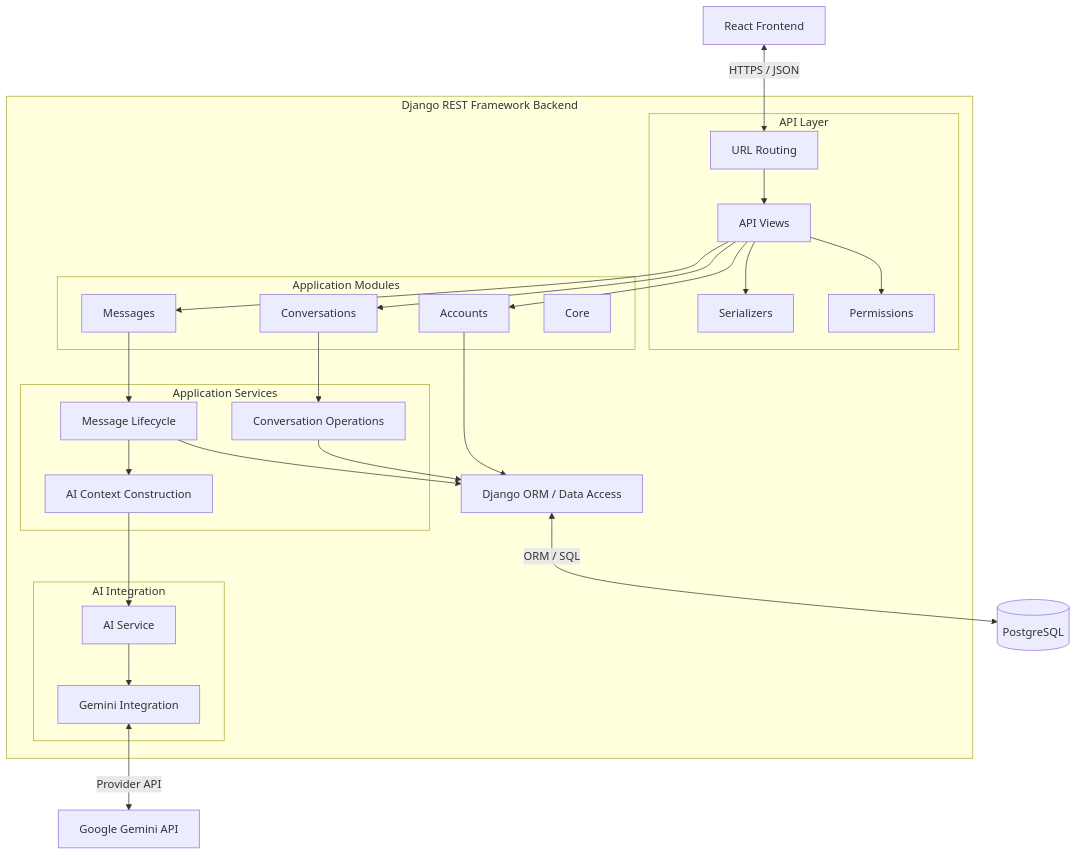
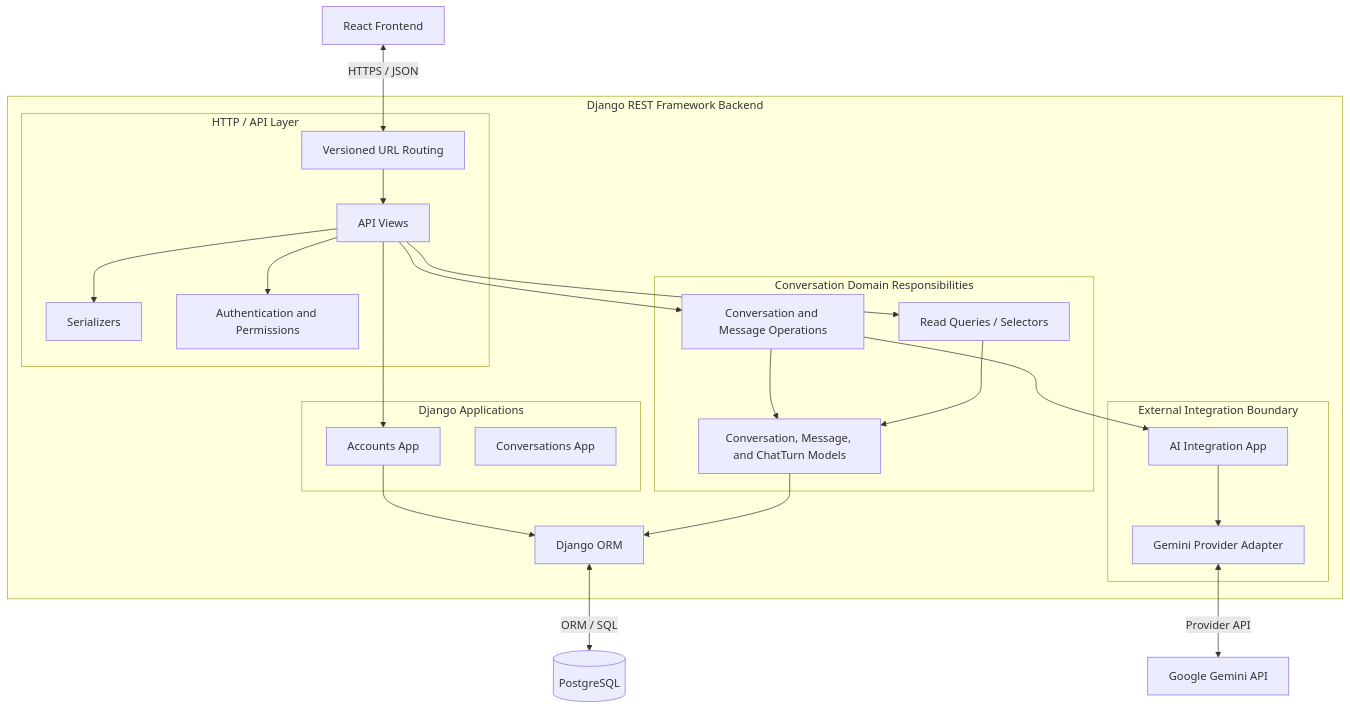
The first of 2 diagrams in docs/02-system-design/backend-architecture.md (tamirattezera/nexamind), drawn with Mermaid before and after one commit. The commit also changed other lines of this file and 1 other file, not shown here.

Commit message:
docs(architecture): update backend and database design

````diff
--- a/docs/02-system-design/backend-architecture.md
+++ b/docs/02-system-design/backend-architecture.md
@@ -84,58 +87,52 @@
 ```mermaid
 flowchart TB
     Frontend["React Frontend"]
 
     subgraph Backend["Django REST Framework Backend"]
-        subgraph API["API Layer"]
-            URLs["URL Routing"]
+        subgraph API["HTTP / API Layer"]
+            URLs["Versioned URL Routing"]
             Views["API Views"]
             Serializers["Serializers"]
-            Permissions["Permissions"]
+            Permissions["Authentication and Permissions"]
         end
 
-        subgraph Apps["Application Modules"]
-            Accounts["Accounts"]
-            Conversations["Conversations"]
-            Messages["Messages"]
-            Core["Core"]
+        subgraph Apps["Django Applications"]
+            Accounts["Accounts App"]
+            Conversations["Conversations App"]
         end
 
-        subgraph Logic["Application Services"]
-            ConversationService["Conversation Operations"]
-            MessageService["Message Lifecycle"]
-            ContextService["AI Context Construction"]
+        subgraph Domain["Conversation Domain Responsibilities"]
+            ConversationService["Conversation and Message Operations"]
+            Selectors["Read Queries / Selectors"]
+            Models["Conversation, Message, and ChatTurn Models"]
         end
 
-        subgraph AI["AI Integration"]
-            AIService["AI Service"]
-            GeminiAdapter["Gemini Integration"]
+        subgraph Integration["External Integration Boundary"]
+            AI["AI Integration App"]
+            GeminiAdapter["Gemini Provider Adapter"]
         end
 
-        ORM["Django ORM / Data Access"]
+        ORM["Django ORM"]
     end
 
     DB[("PostgreSQL")]
     Gemini["Google Gemini API"]
 
     Frontend <-->|"HTTPS / JSON"| URLs
     URLs --> Views
     Views --> Serializers
     Views --> Permissions
+    Views --> Accounts
+    Views --> ConversationService
+    Views --> Selectors
 
-    Views --> Accounts
-    Views --> Conversations
-    Views --> Messages
-
-    Conversations --> ConversationService
-    Messages --> MessageService
-    MessageService --> ContextService
-
-    ContextService --> AIService
-    AIService --> GeminiAdapter
+    ConversationService --> Models
+    Selectors --> Models
+    ConversationService --> AI
+    AI --> GeminiAdapter
     GeminiAdapter <-->|"Provider API"| Gemini
 
     Accounts --> ORM
-    ConversationService --> ORM
-    MessageService --> ORM
+    Models --> ORM
     ORM <-->|"ORM / SQL"| DB
 ```
````
